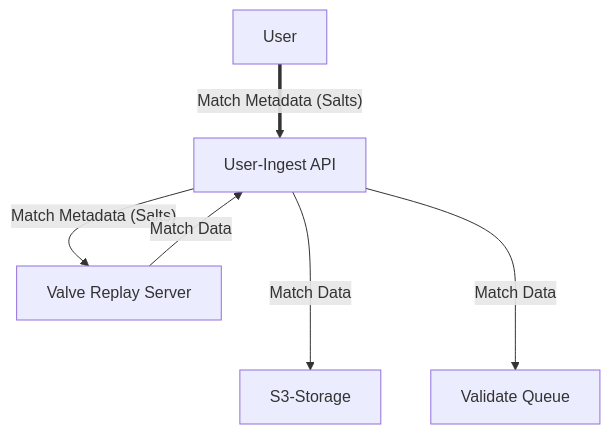
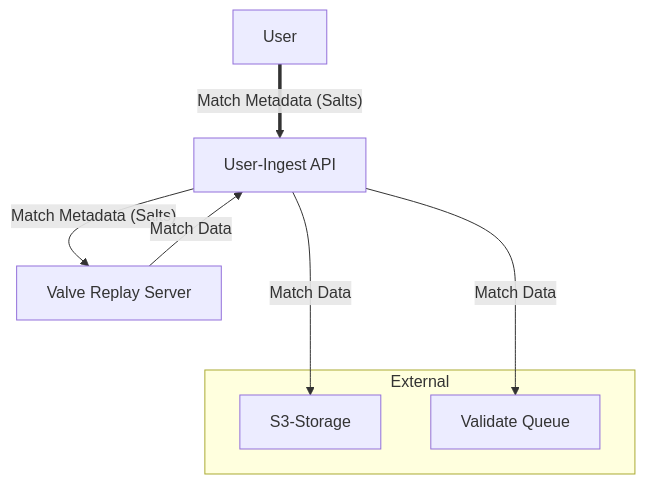
One commit to OpenSource-Deadlock-Tools/DevLock-Documents changed the third of 3 diagrams in SoftwareArchitecture.md. Above: the diagram before and after it, drawn with Mermaid. The commit also changed other lines of this file, not shown here.

Commit message:
Update HLTV-Spectator Chart

````diff
--- a/SoftwareArchitecture.md
+++ b/SoftwareArchitecture.md
@@ -95,17 +93,19 @@
 ```mermaid
 flowchart TB
     U["User"]
     UIA["User-Ingest API"]
 
     U == Match Metadata (Salts) ==> UIA
 
     VR["Valve Replay Server"]
     UIA -- Match Metadata (Salts) --> VR
     VR -- Match Data --> UIA
 
-    S["S3-Storage"]
+
+    subgraph E["External"]
+        S["S3-Storage"]
+        RMQV["Validate Queue"]
+    end
     UIA -- Match Data ---> S
-    
-    RMQV["Validate Queue"]
     UIA -- Match Data ---> RMQV
 ```
````
